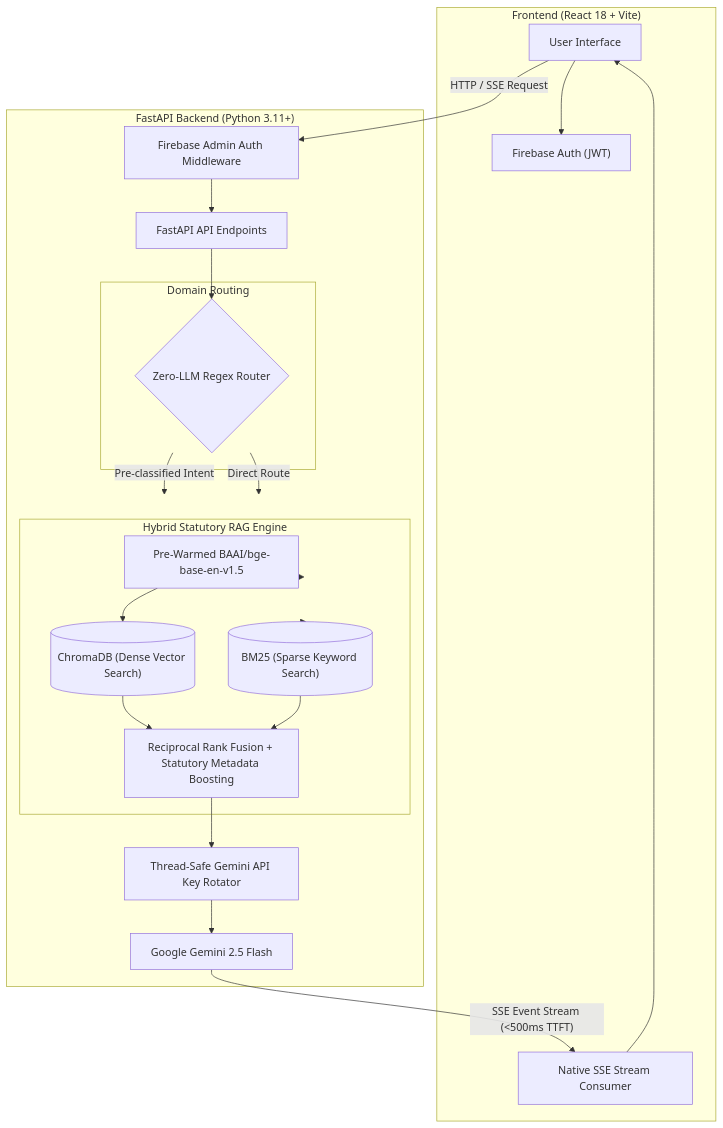
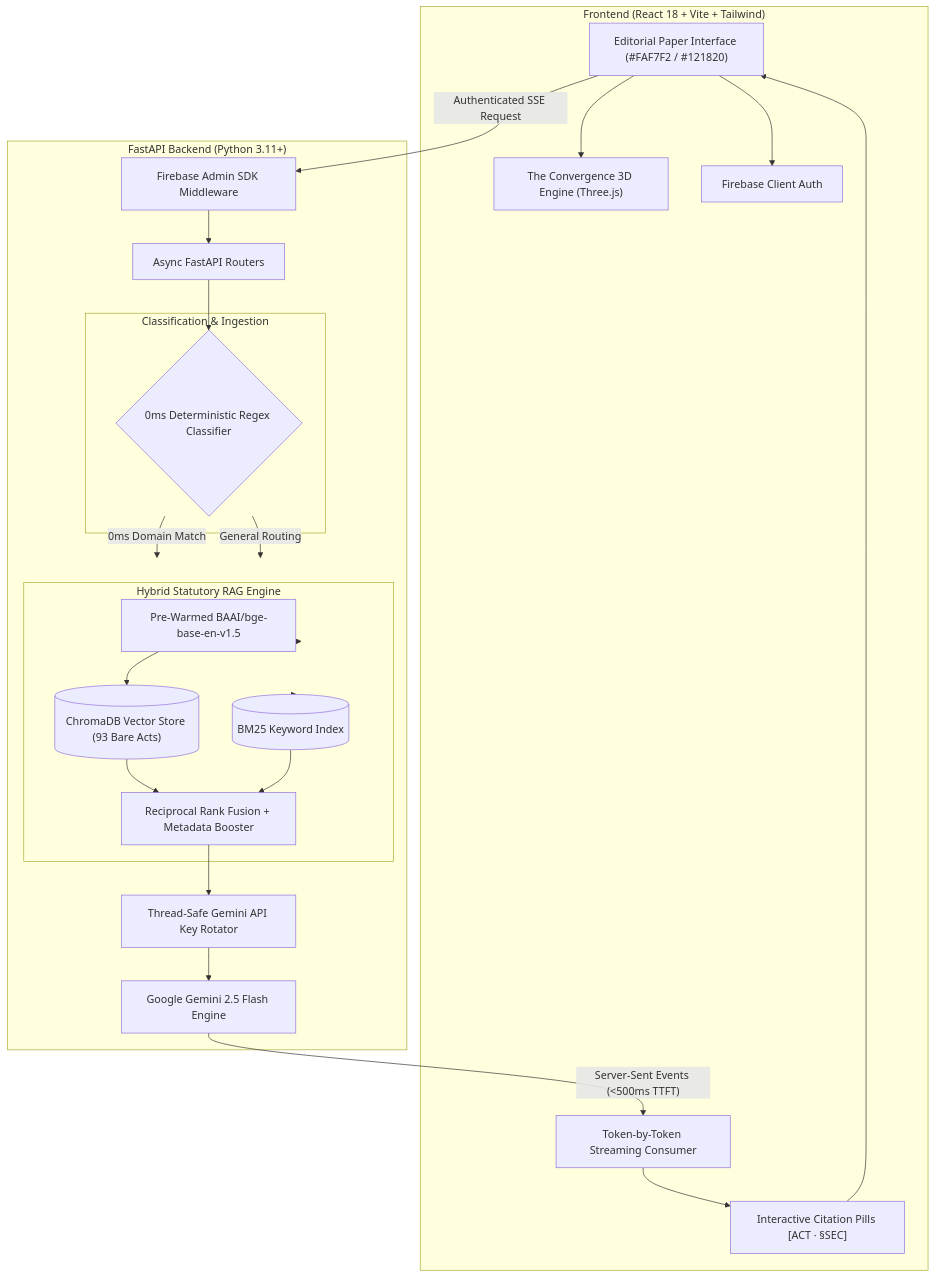
Before and after one commit to OOSC-4-0-Hackathon/OOSC_4.0-AI_SLAYERS: the diagram in README.md, drawn with Mermaid. The commit also changed other lines of this file, not shown here.

Commit message:
docs: update README with comprehensive technical architecture, design system, and feature documentation

````diff
--- a/README.md
+++ b/README.md
@@ -45,44 +83,48 @@
 ```mermaid
 flowchart TD
-    subgraph Client ["Frontend (React 18 + Vite)"]
-        UI["User Interface"]
-        FAuth["Firebase Auth (JWT)"]
-        SSEConsumer["Native SSE Stream Consumer"]
+    subgraph Client ["Frontend (React 18 + Vite + Tailwind)"]
+        UI["Editorial Paper Interface (#FAF7F2 / #121820)"]
+        Conv["The Convergence 3D Engine (Three.js)"]
+        CitPill["Interactive Citation Pills [ACT · §SEC]"]
+        Stream["Token-by-Token Streaming Consumer"]
+        FAuth["Firebase Client Auth"]
     end
 
     subgraph Backend ["FastAPI Backend (Python 3.11+)"]
-        AuthMiddleware["Firebase Admin Auth Middleware"]
-        Router["FastAPI API Endpoints"]
+        AuthMid["Firebase Admin SDK Middleware"]
+        Router["Async FastAPI Routers"]
         
-        subgraph Classification ["Domain Routing"]
-            RegexRouter{"Zero-LLM Regex Router"}
+        subgraph RoutingEngine ["Classification & Ingestion"]
+            RegexRouter{"0ms Deterministic Regex Classifier"}
         end
         
-        subgraph RAGEngine ["Hybrid Statutory RAG Engine"]
+        subgraph RAGCore ["Hybrid Statutory RAG Engine"]
             Embedder["Pre-Warmed BAAI/bge-base-en-v1.5"]
-            ChromaDB[("ChromaDB (Dense Vector Search)")]
-            BM25[("BM25 (Sparse Keyword Search)")]
-            RRF["Reciprocal Rank Fusion + Statutory Metadata Boosting"]
+            Chroma[("ChromaDB Vector Store (93 Bare Acts)")]
+            BM25[("BM25 Keyword Index")]
+            RRF["Reciprocal Rank Fusion + Metadata Booster"]
         end
 
         KeyRotator["Thread-Safe Gemini API Key Rotator"]
-        LLM["Google Gemini 2.5 Flash"]
+        LLM["Google Gemini 2.5 Flash Engine"]
     end
 
     UI --> FAuth
-    UI -- "HTTP / SSE Request" --> AuthMiddleware
-    AuthMiddleware --> Router
+    UI -- "Authenticated SSE Request" --> AuthMid
+    AuthMid --> Router
     Router --> RegexRouter
     
-    RegexRouter -- "Pre-classified Intent" --> RAGEngine
-    RegexRouter -- "Direct Route" --> RAGEngine
+    RegexRouter -- "0ms Domain Match" --> RAGCore
+    RegexRouter -- "General Routing" --> RAGCore
     
-    RAGEngine --> Embedder
-    Embedder --> ChromaDB
-    RAGEngine --> BM25
-    ChromaDB & BM25 --> RRF
+    RAGCore --> Embedder
+    Embedder --> Chroma
+    RAGCore --> BM25
+    Chroma & BM25 --> RRF
     RRF --> KeyRotator
     KeyRotator --> LLM
-    LLM -- "SSE Event Stream (<500ms TTFT)" --> SSEConsumer
-    SSEConsumer --> UI
+    LLM -- "Server-Sent Events (<500ms TTFT)" --> Stream
+    Stream --> CitPill
+    CitPill --> UI
+    UI --> Conv
 ```
````
